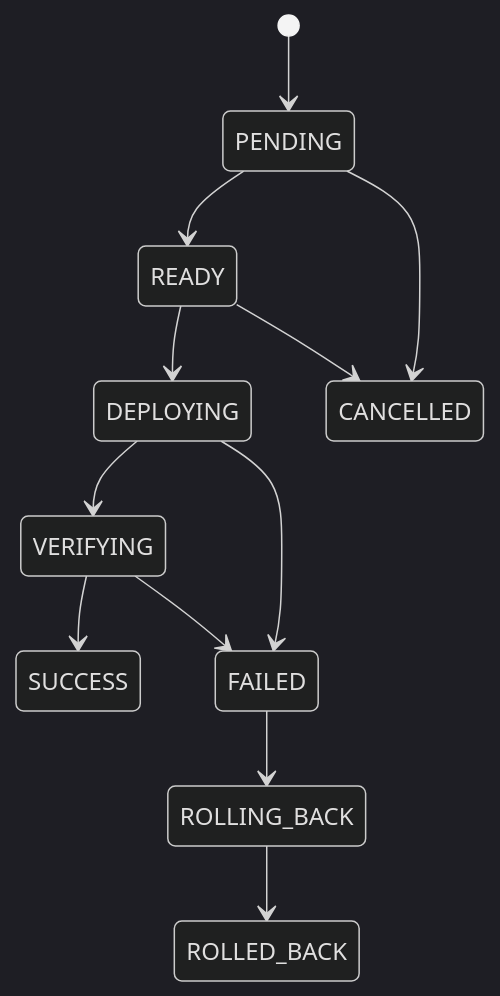
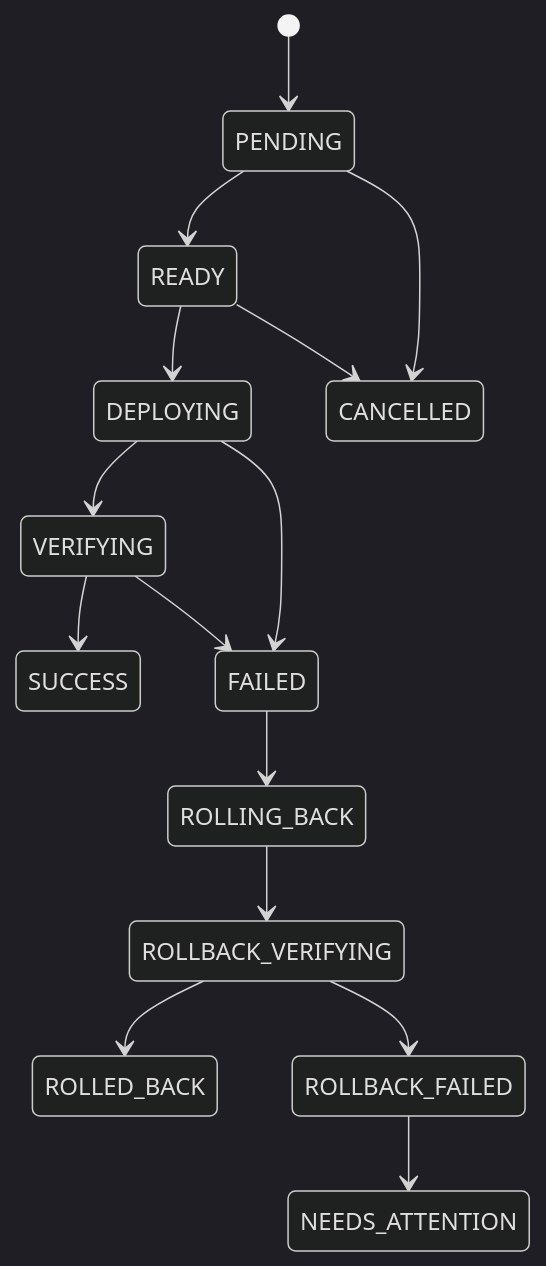
The fourth of 4 diagrams in docs/ARCHITECTURE.md (KimHG1995/Docklane), drawn with Mermaid (dark theme) before and after one commit. The commit also changed other lines of this file, not shown here.

Commit message:
docs: define safe mutation and reconciliation architecture

````diff
--- a/docs/ARCHITECTURE.md
+++ b/docs/ARCHITECTURE.md
@@ -175,14 +251,19 @@
-```mermaid
+~~~mermaid
 stateDiagram-v2
     [*] --> PENDING
     PENDING --> READY
     READY --> DEPLOYING
     DEPLOYING --> VERIFYING
     VERIFYING --> SUCCESS
+
     DEPLOYING --> FAILED
     VERIFYING --> FAILED
     FAILED --> ROLLING_BACK
-    ROLLING_BACK --> ROLLED_BACK
+    ROLLING_BACK --> ROLLBACK_VERIFYING
+    ROLLBACK_VERIFYING --> ROLLED_BACK
+    ROLLBACK_VERIFYING --> ROLLBACK_FAILED
+    ROLLBACK_FAILED --> NEEDS_ATTENTION
+
     PENDING --> CANCELLED
     READY --> CANCELLED
-```
+~~~
````
